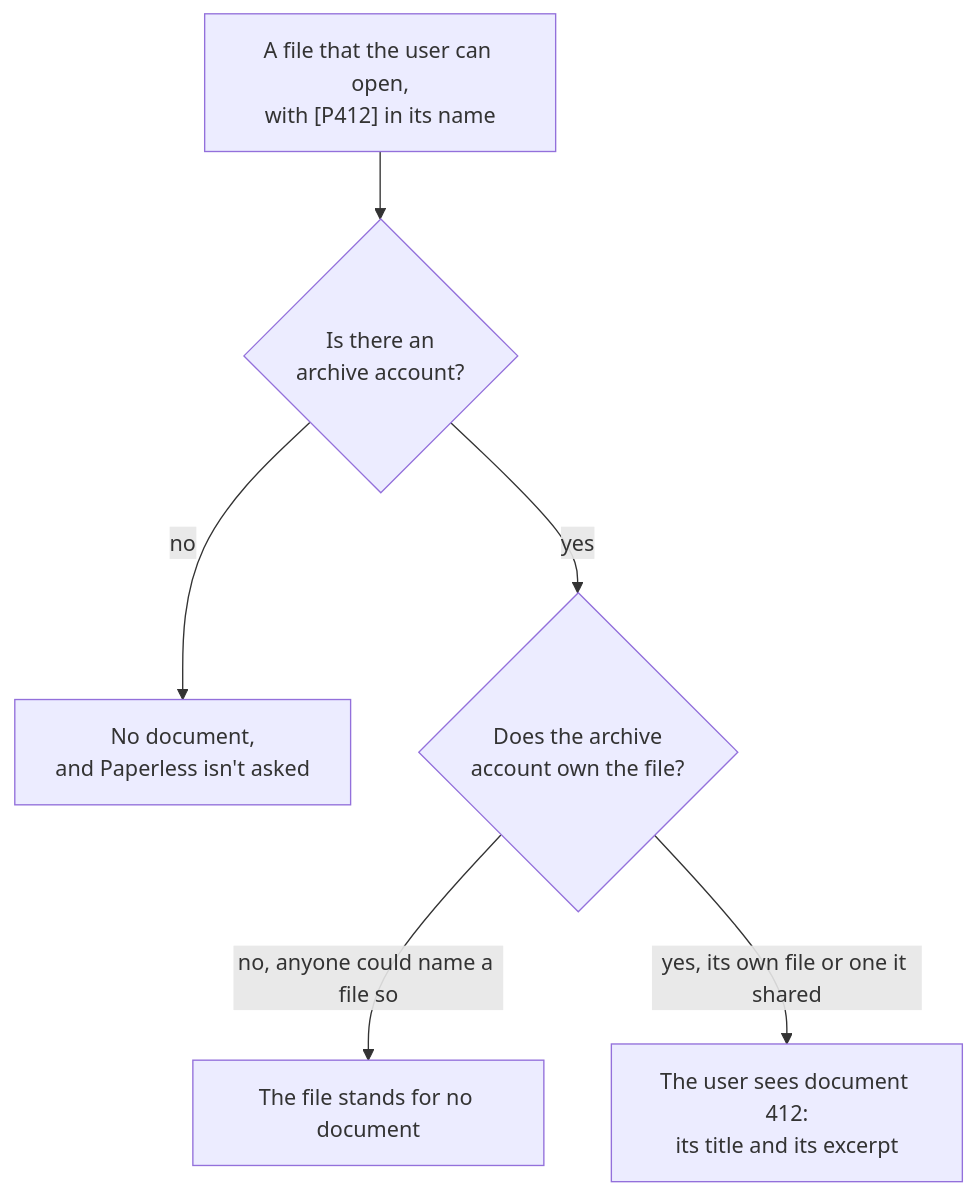
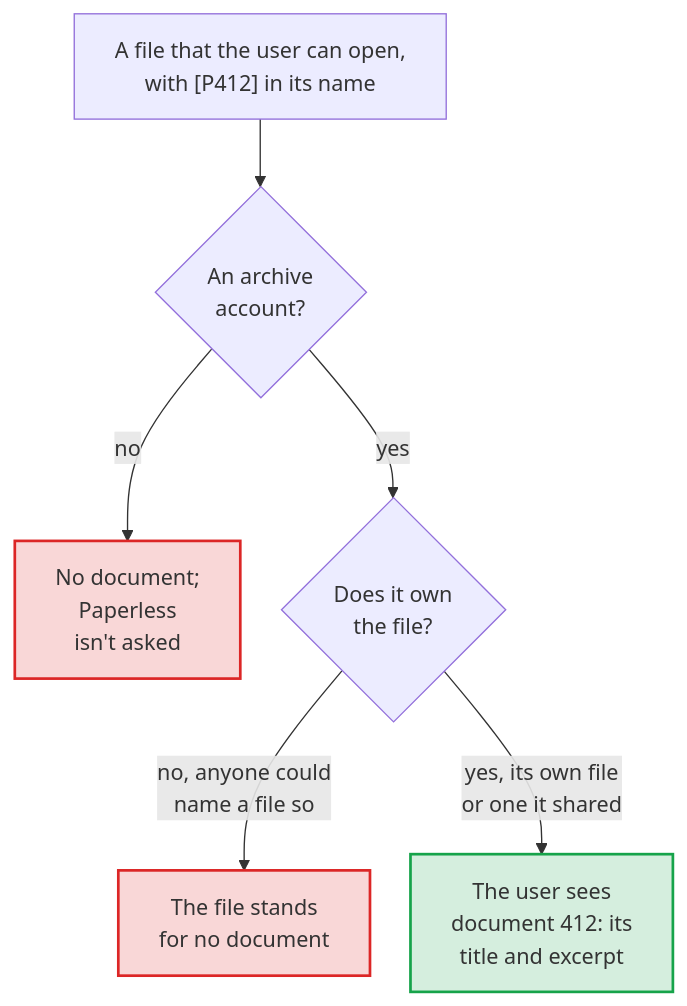
The diagram in docs/decisions/0002-trust-the-archive-account.md (Dennis-Otto/paperless-unified-search), drawn with Mermaid before and after one commit. The commit also changed 9 other files, not shown here.

First line of the commit message:
docs: accessible top-to-bottom diagrams and two new ones (#105)

````diff
--- a/docs/decisions/0002-trust-the-archive-account.md
+++ b/docs/decisions/0002-trust-the-archive-account.md
@@ -26,8 +26,22 @@
 ```mermaid
-flowchart TD
-    file["A file that the user can open,<br/>with [P412] in its name"] --> archive{"Is there an<br/>archive account?"}
-    archive -- no --> none["No document,<br/>and Paperless isn't asked"]
-    archive -- yes --> owner{"Does the archive<br/>account own the file?"}
-    owner -- "no, anyone could name a file so" --> ignored["The file stands for no document"]
-    owner -- "yes, its own file or one it shared" --> shown["The user sees document 412:<br/>its title and its excerpt"]
+---
+config:
+  flowchart:
+    wrappingWidth: 400
+    nodeSpacing: 30
+---
+flowchart TB
+    accTitle: When a file stands for a document
+    accDescr: A file that the user can open has [P412] in its name. Without an archive account, there is no document, and Paperless isn't asked. With one, the owner of the file decides: when the archive account doesn't own the file, it stands for no document, because anyone could name a file so. When the archive account owns it, as its own file or one it shared, the user sees document 412 with its title and its excerpt.
+
+    file["A file that the user can open,<br>with [P412] in its name"] --> archive{"An archive<br>account?"}
+    archive -- "no" --> none["No document;<br>Paperless<br>isn't asked"]
+    archive -- "yes" --> owner{"Does it own<br>the file?"}
+    owner -- "no, anyone could<br>name a file so" --> ignored["The file stands<br>for no document"]
+    owner -- "yes, its own file<br>or one it shared" --> shown["The user sees<br>document 412: its<br>title and excerpt"]
+
+    classDef yes fill:#16a34a2e,stroke:#16a34a,stroke-width:2px
+    classDef no fill:#dc26262e,stroke:#dc2626,stroke-width:2px
+    class shown yes
+    class none,ignored no
 ```
````
